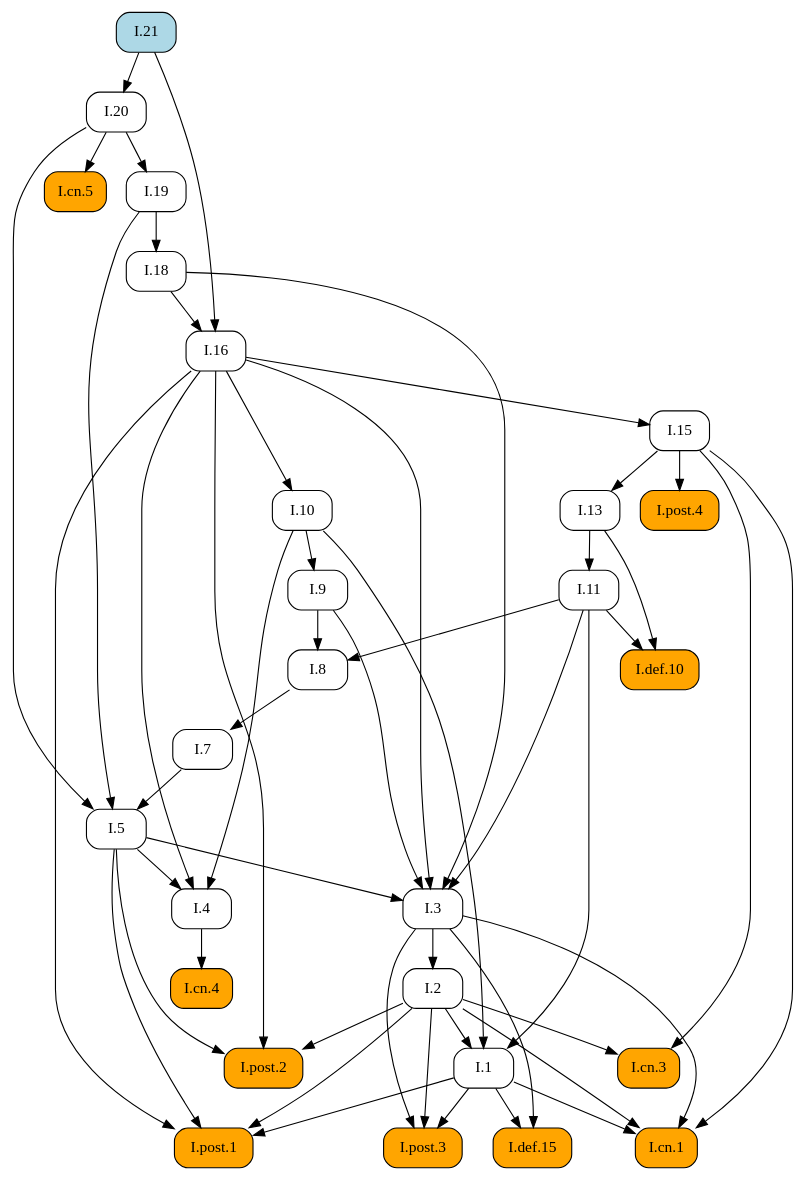
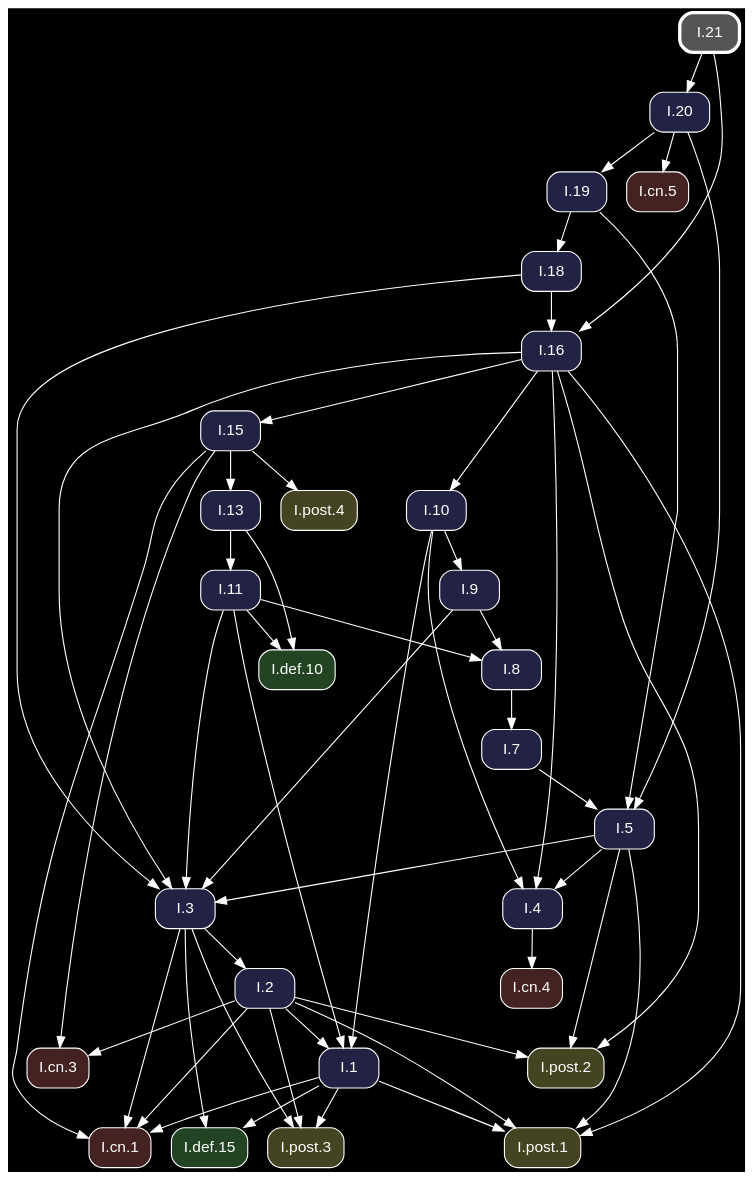
One commit to geometor/elements changed the diagram in docsrc/heath/I/21/index.rst. Above: the diagram before and after it, drawn with Graphviz. The commit also changed other lines of this file and 1200 other files, not shown here.

Commit message:
update dependency graphs

```diff
--- a/docsrc/heath/I/21/index.rst
+++ b/docsrc/heath/I/21/index.rst
@@ -75,84 +75,86 @@
 .. graphviz::
 
    digraph {
+     bgcolor="black";
+     node [shape=box, style="rounded,filled", fontname="Helvetica", color="white", fontcolor="white"];
+     edge [color="white", fontcolor="white"];
      rankdir="TB";
-     node [shape=box, style=rounded];
-     "I.21" [style="rounded,filled", fillcolor=lightblue, URL="/heath/I/21/", target="_top"];
-     "I.9" [URL="/heath/I/9/", target="_top"];
-     "I.cn.1" [style="rounded,filled", fillcolor=orange, URL="/heath/I/cn.1/", target="_top"];
-     "I.7" [URL="/heath/I/7/", target="_top"];
-     "I.2" [URL="/heath/I/2/", target="_top"];
-     "I.def.15" [style="rounded,filled", fillcolor=orange, URL="/heath/I/def.15/", target="_top"];
-     "I.13" [URL="/heath/I/13/", target="_top"];
-     "I.post.4" [style="rounded,filled", fillcolor=orange, URL="/heath/I/post.4/", target="_top"];
-     "I.4" [URL="/heath/I/4/", target="_top"];
-     "I.1" [URL="/heath/I/1/", target="_top"];
-     "I.post.3" [style="rounded,filled", fillcolor=orange, URL="/heath/I/post.3/", target="_top"];
-     "I.post.1" [style="rounded,filled", fillcolor=orange, URL="/heath/I/post.1/", target="_top"];
-     "I.5" [URL="/heath/I/5/", target="_top"];
-     "I.19" [URL="/heath/I/19/", target="_top"];
-     "I.8" [URL="/heath/I/8/", target="_top"];
-     "I.cn.3" [style="rounded,filled", fillcolor=orange, URL="/heath/I/cn.3/", target="_top"];
-     "I.16" [URL="/heath/I/16/", target="_top"];
-     "I.20" [URL="/heath/I/20/", target="_top"];
-     "I.def.10" [style="rounded,filled", fillcolor=orange, URL="/heath/I/def.10/", target="_top"];
-     "I.18" [URL="/heath/I/18/", target="_top"];
-     "I.15" [URL="/heath/I/15/", target="_top"];
-     "I.10" [URL="/heath/I/10/", target="_top"];
-     "I.11" [URL="/heath/I/11/", target="_top"];
-     "I.cn.4" [style="rounded,filled", fillcolor=orange, URL="/heath/I/cn.4/", target="_top"];
-     "I.post.2" [style="rounded,filled", fillcolor=orange, URL="/heath/I/post.2/", target="_top"];
-     "I.cn.5" [style="rounded,filled", fillcolor=orange, URL="/heath/I/cn.5/", target="_top"];
-     "I.3" [URL="/heath/I/3/", target="_top"];
-     "I.10" -> "I.9";
-     "I.1" -> "I.cn.1";
-     "I.2" -> "I.cn.1";
-     "I.3" -> "I.cn.1";
-     "I.15" -> "I.cn.1";
-     "I.8" -> "I.7";
-     "I.3" -> "I.2";
-     "I.1" -> "I.def.15";
-     "I.3" -> "I.def.15";
-     "I.15" -> "I.13";
-     "I.15" -> "I.post.4";
-     "I.5" -> "I.4";
-     "I.10" -> "I.4";
-     "I.16" -> "I.4";
-     "I.2" -> "I.1";
-     "I.10" -> "I.1";
-     "I.11" -> "I.1";
-     "I.1" -> "I.post.3";
-     "I.2" -> "I.post.3";
-     "I.3" -> "I.post.3";
-     "I.1" -> "I.post.1";
-     "I.2" -> "I.post.1";
-     "I.5" -> "I.post.1";
-     "I.16" -> "I.post.1";
-     "I.7" -> "I.5";
-     "I.19" -> "I.5";
-     "I.20" -> "I.5";
-     "I.20" -> "I.19";
-     "I.9" -> "I.8";
-     "I.11" -> "I.8";
-     "I.2" -> "I.cn.3";
-     "I.15" -> "I.cn.3";
-     "I.18" -> "I.16";
-     "I.21" -> "I.16";
-     "I.21" -> "I.20";
-     "I.11" -> "I.def.10";
-     "I.13" -> "I.def.10";
-     "I.19" -> "I.18";
-     "I.16" -> "I.15";
-     "I.16" -> "I.10";
-     "I.13" -> "I.11";
-     "I.4" -> "I.cn.4";
-     "I.2" -> "I.post.2";
-     "I.5" -> "I.post.2";
-     "I.16" -> "I.post.2";
-     "I.20" -> "I.cn.5";
+     "I.3" [fillcolor="#222244", URL="/heath/I/3/", target="_top"];
+     "I.post.1" [fillcolor="#444422", URL="/heath/I/post.1/", target="_top"];
+     "I.cn.1" [fillcolor="#442222", URL="/heath/I/cn.1/", target="_top"];
+     "I.19" [fillcolor="#222244", URL="/heath/I/19/", target="_top"];
+     "I.def.10" [fillcolor="#224422", URL="/heath/I/def.10/", target="_top"];
+     "I.15" [fillcolor="#222244", URL="/heath/I/15/", target="_top"];
+     "I.11" [fillcolor="#222244", URL="/heath/I/11/", target="_top"];
+     "I.16" [fillcolor="#222244", URL="/heath/I/16/", target="_top"];
+     "I.cn.5" [fillcolor="#442222", URL="/heath/I/cn.5/", target="_top"];
+     "I.13" [fillcolor="#222244", URL="/heath/I/13/", target="_top"];
+     "I.cn.3" [fillcolor="#442222", URL="/heath/I/cn.3/", target="_top"];
+     "I.2" [fillcolor="#222244", URL="/heath/I/2/", target="_top"];
+     "I.post.2" [fillcolor="#444422", URL="/heath/I/post.2/", target="_top"];
+     "I.cn.4" [fillcolor="#442222", URL="/heath/I/cn.4/", target="_top"];
+     "I.9" [fillcolor="#222244", URL="/heath/I/9/", target="_top"];
+     "I.1" [fillcolor="#222244", URL="/heath/I/1/", target="_top"];
+     "I.post.4" [fillcolor="#444422", URL="/heath/I/post.4/", target="_top"];
+     "I.21" [penwidth=3, color="white", fillcolor="#555555", URL="/heath/I/21/", target="_top"];
+     "I.8" [fillcolor="#222244", URL="/heath/I/8/", target="_top"];
+     "I.4" [fillcolor="#222244", URL="/heath/I/4/", target="_top"];
+     "I.post.3" [fillcolor="#444422", URL="/heath/I/post.3/", target="_top"];
+     "I.18" [fillcolor="#222244", URL="/heath/I/18/", target="_top"];
+     "I.7" [fillcolor="#222244", URL="/heath/I/7/", target="_top"];
+     "I.def.15" [fillcolor="#224422", URL="/heath/I/def.15/", target="_top"];
+     "I.5" [fillcolor="#222244", URL="/heath/I/5/", target="_top"];
+     "I.20" [fillcolor="#222244", URL="/heath/I/20/", target="_top"];
+     "I.10" [fillcolor="#222244", URL="/heath/I/10/", target="_top"];
      "I.5" -> "I.3";
      "I.9" -> "I.3";
      "I.11" -> "I.3";
      "I.16" -> "I.3";
      "I.18" -> "I.3";
+     "I.1" -> "I.post.1";
+     "I.2" -> "I.post.1";
+     "I.5" -> "I.post.1";
+     "I.16" -> "I.post.1";
+     "I.1" -> "I.cn.1";
+     "I.2" -> "I.cn.1";
+     "I.3" -> "I.cn.1";
+     "I.15" -> "I.cn.1";
+     "I.20" -> "I.19";
+     "I.11" -> "I.def.10";
+     "I.13" -> "I.def.10";
+     "I.16" -> "I.15";
+     "I.13" -> "I.11";
+     "I.18" -> "I.16";
+     "I.21" -> "I.16";
+     "I.20" -> "I.cn.5";
+     "I.15" -> "I.13";
+     "I.2" -> "I.cn.3";
+     "I.15" -> "I.cn.3";
+     "I.3" -> "I.2";
+     "I.2" -> "I.post.2";
+     "I.5" -> "I.post.2";
+     "I.16" -> "I.post.2";
+     "I.4" -> "I.cn.4";
+     "I.10" -> "I.9";
+     "I.2" -> "I.1";
+     "I.10" -> "I.1";
+     "I.11" -> "I.1";
+     "I.15" -> "I.post.4";
+     "I.9" -> "I.8";
+     "I.11" -> "I.8";
+     "I.5" -> "I.4";
+     "I.10" -> "I.4";
+     "I.16" -> "I.4";
+     "I.1" -> "I.post.3";
+     "I.2" -> "I.post.3";
+     "I.3" -> "I.post.3";
+     "I.19" -> "I.18";
+     "I.8" -> "I.7";
+     "I.1" -> "I.def.15";
+     "I.3" -> "I.def.15";
+     "I.7" -> "I.5";
+     "I.19" -> "I.5";
+     "I.20" -> "I.5";
+     "I.21" -> "I.20";
+     "I.16" -> "I.10";
    }
```
